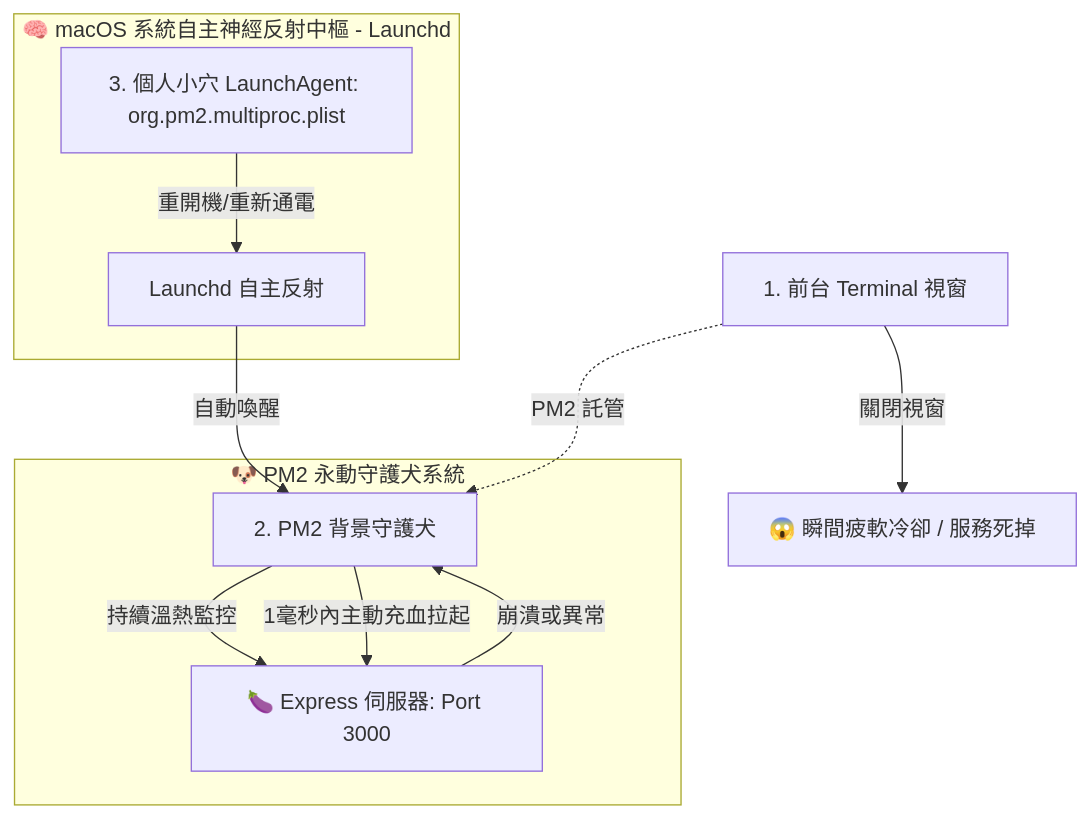
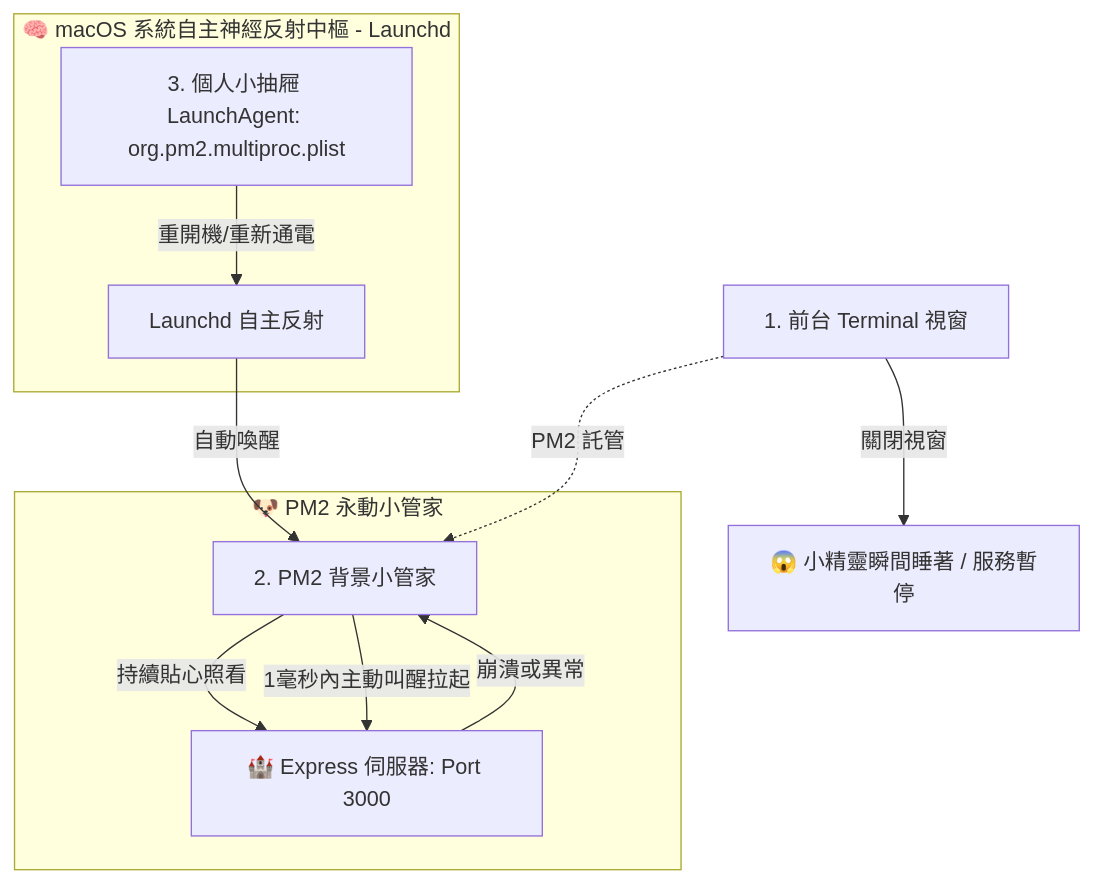
One commit to sunpochin/nanoclaw-markdown-agent changed the diagram in PM2_DAEMON_GUIDE.md. Above: the diagram before and after it, drawn with Mermaid. The commit also changed other lines of this file and 13 other files, not shown here.

````diff
--- a/PM2_DAEMON_GUIDE.md
+++ b/PM2_DAEMON_GUIDE.md
@@ -11,17 +11,17 @@
 ```mermaid
 graph TD
-    UserTerminal[1. 前台 Terminal 視窗] -->|關閉視窗| Death[😱 瞬間疲軟冷卻 / 服務死掉]
+    UserTerminal[1. 前台 Terminal 視窗] -->|關閉視窗| Death[😱 小精靈瞬間睡著 / 服務暫停]
     
-    subgraph PM2_System [🐶 PM2 永動守護犬系統]
-        PM2Daemon[2. PM2 背景守護犬] -->|持續溫熱監控| ServerPort[🍆 Express 伺服器: Port 3000]
+    subgraph PM2_System [🐶 PM2 永動小管家]
+        PM2Daemon[2. PM2 背景小管家] -->|持續貼心照看| ServerPort[🏰 Express 伺服器: Port 3000]
         ServerPort -->|崩潰或異常| PM2Daemon
-        PM2Daemon -->|1毫秒內主動充血拉起| ServerPort
+        PM2Daemon -->|1毫秒內主動叫醒拉起| ServerPort
     end
     
     subgraph MacOS_Launchd [🧠 macOS 系統自主神經反射中樞 - Launchd]
-        LaunchAgent[3. 個人小穴 LaunchAgent: org.pm2.multiproc.plist] -->|重開機/重新通電| Launchd[Launchd 自主反射]
+        LaunchAgent[3. 個人小抽屜 LaunchAgent: org.pm2.multiproc.plist] -->|重開機/重新通電| Launchd[Launchd 自主反射]
         Launchd -->|自動喚醒| PM2Daemon
     end
     
     UserTerminal -.->|PM2 託管| PM2Daemon
 ```
````
